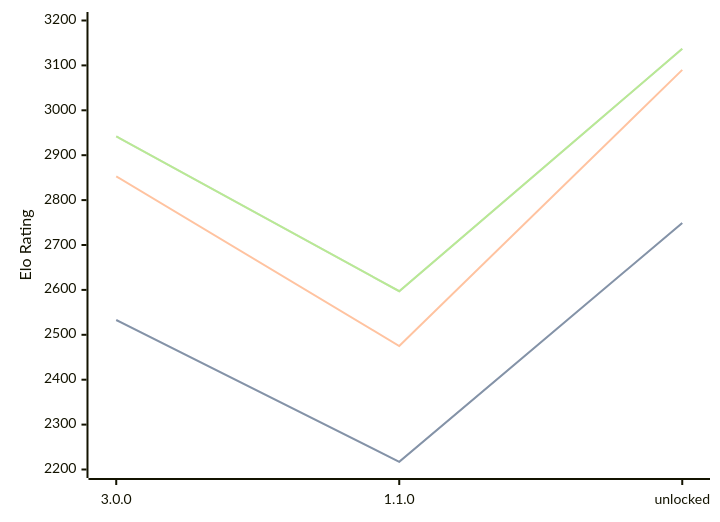
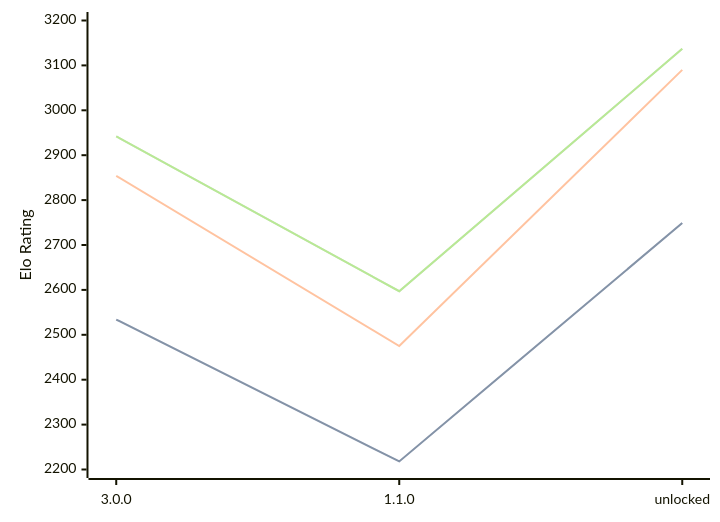
The diagram in engines/Potential.md (computer-chess-index/cci), drawn with Mermaid before and after one commit. The commit also changed other lines of this file, not shown here.

````diff
--- a/engines/Potential.md
+++ b/engines/Potential.md
@@ -33,11 +33,11 @@
 ```mermaid
 %%{init: {"theme":"base","themeVariables":{"seriesColors:['#a3a3a3','#222221','#faa371']}}}%%
 xychart-beta
   x-axis ["3.0.0", "1.1.0", "unlocked"]
   y-axis "Elo Rating" 2200 --> 3200
-  line "STC (8.0+0.08s)" [2533, 2217, 2749]
-  line "STC (8.0+0.08s)" [2533, 2217, 2749]
-  line "LTC (60.0+0.60s)" [2853, 2475, 3090]
+  line "STC (8.0+0.08s)" [2534, 2218, 2749]
+  line "STC (8.0+0.08s)" [2534, 2218, 2749]
+  line "LTC (60.0+0.60s)" [2854, 2475, 3090]
   line "VLTC (2m24s+1.12s)" [2942, 2597, 3137]
   line "VLTC (2m24s+1.12s)" [2942, 2597, 3137]
 ```
````
